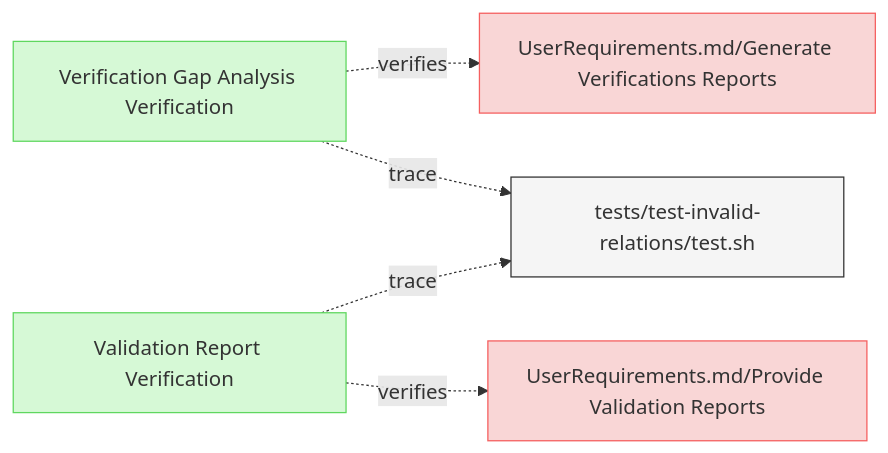
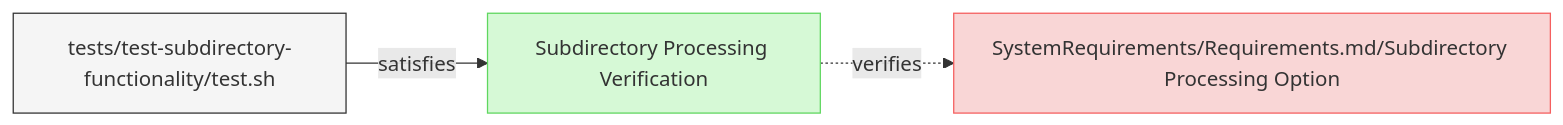
The second of 2 diagrams in specifications/Verifications/ValidationTests.md (reqvire-org/reqvire), drawn with Mermaid before and after one commit. The commit also changed 14 other files, not shown here.

Commit message:
Diagrams updated.

````diff
--- a/specifications/Verifications/ValidationTests.md
+++ b/specifications/Verifications/ValidationTests.md
@@ -244,28 +244,20 @@
 ```mermaid
 graph LR;
   %% Graph styling
   classDef requirement fill:#f9d6d6,stroke:#f55f5f,stroke-width:1px;
   classDef verification fill:#d6f9d6,stroke:#5fd75f,stroke-width:1px;
   classDef externalLink fill:#d0e0ff,stroke:#3080ff,stroke-width:1px;
   classDef default fill:#f5f5f5,stroke:#333333,stroke-width:1px;
 
-  f972dbd490433f18["Verification Gap Analysis Verification"];
-  click f972dbd490433f18 "ValidationTests.md#verification-gap-analysis-verification";
-  class f972dbd490433f18 verification;
-  d0e9e8d143493413["UserRequirements.md/Generate Verifications Reports"];
-  class d0e9e8d143493413 requirement;
-  click d0e9e8d143493413 "../UserRequirements.md#generate-verifications-reports";
-  f972dbd490433f18 -.->|verifies| d0e9e8d143493413;
-  c86fd6ece7a8668a["tests/test-invalid-relations/test.sh"];
-  class c86fd6ece7a8668a default;
-  click c86fd6ece7a8668a "../../tests/test-invalid-relations/test.sh";
-  f972dbd490433f18 -.->|trace| c86fd6ece7a8668a;
-  c4332134ea225a0e["Validation Report Verification"];
-  click c4332134ea225a0e "ValidationTests.md#validation-report-verification";
-  class c4332134ea225a0e verification;
-  482c757913204fb8["UserRequirements.md/Provide Validation Reports"];
-  class 482c757913204fb8 requirement;
-  click 482c757913204fb8 "../UserRequirements.md#provide-validation-reports";
-  c4332134ea225a0e -.->|verifies| 482c757913204fb8;
-  c4332134ea225a0e -.->|trace| c86fd6ece7a8668a;
+  3c0a05c29bf52a57["Subdirectory Processing Verification"];
+  class 3c0a05c29bf52a57 verification;
+  click 3c0a05c29bf52a57 "ValidationTests.md#subdirectory-processing-verification";
+  7bdf935ec6d8effe["SystemRequirements/Requirements.md/Subdirectory Processing Option"];
+  class 7bdf935ec6d8effe requirement;
+  click 7bdf935ec6d8effe "../SystemRequirements/Requirements.md#subdirectory-processing-option";
+  3c0a05c29bf52a57 -.->|verifies| 7bdf935ec6d8effe;
+  a565a00c1df16a79["tests/test-subdirectory-functionality/test.sh"];
+  class a565a00c1df16a79 default;
+  click a565a00c1df16a79 "../../tests/test-subdirectory-functionality/test.sh";
+  a565a00c1df16a79 -->|satisfies| 3c0a05c29bf52a57;
 ```
````
